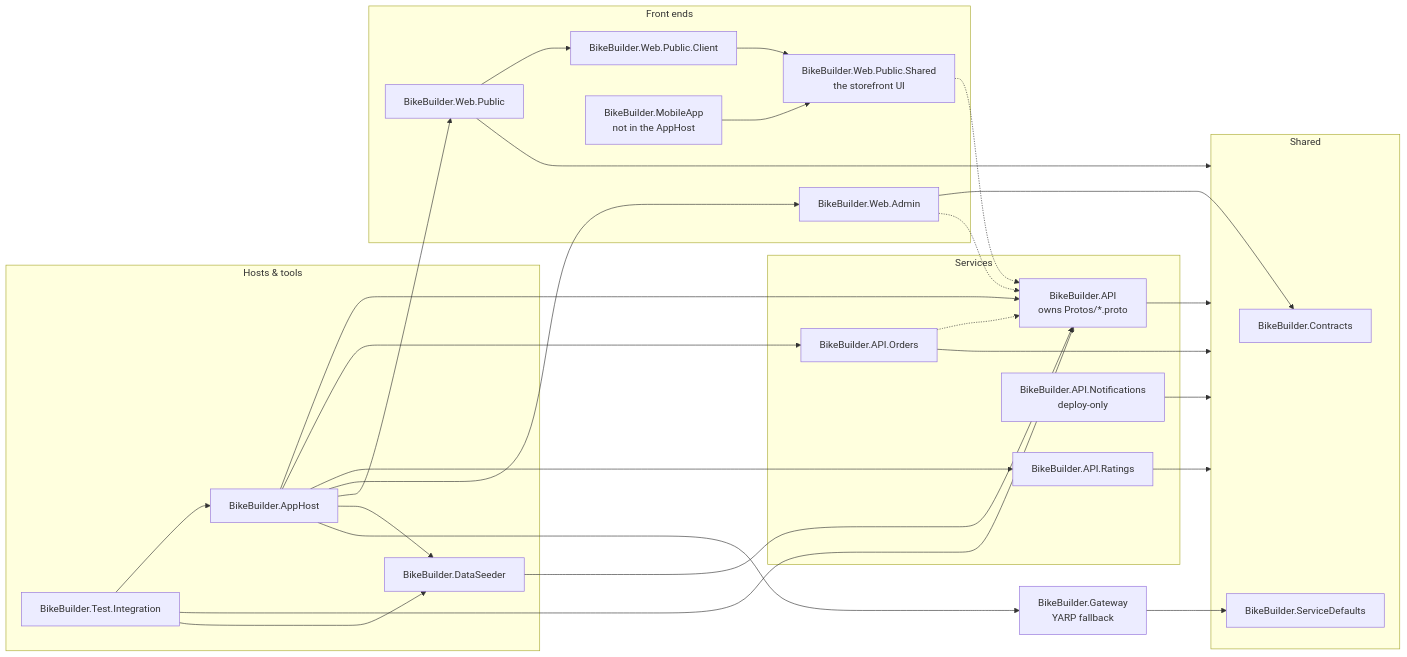
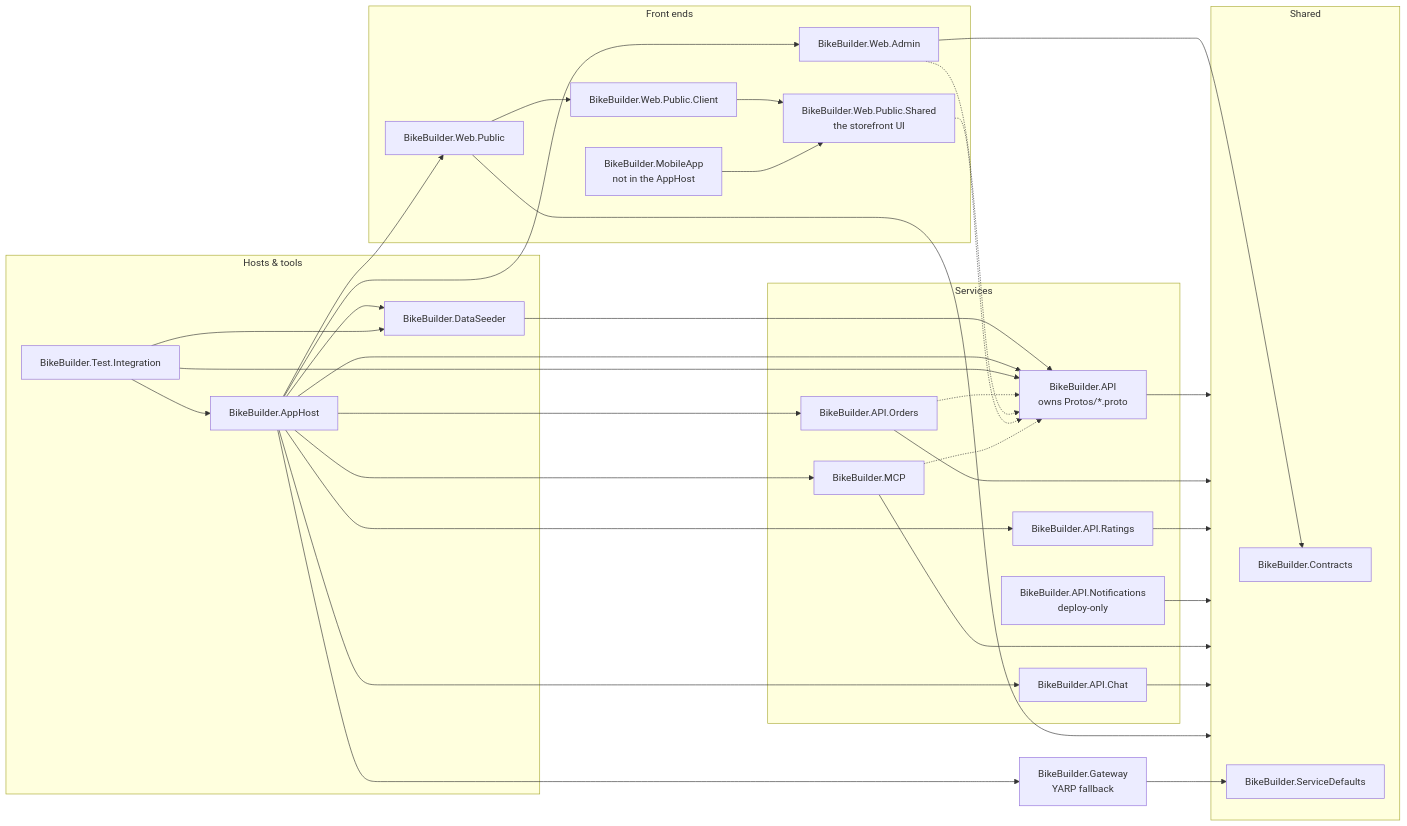
The second of 2 diagrams in README.md (nickshepherd1983/BikeBuilderAspire), drawn with Mermaid before and after one commit. The commit also changed other lines of this file and 44 other files, not shown here.

````diff
--- a/README.md
+++ b/README.md
@@ -105,58 +118,65 @@
 ```mermaid
 flowchart LR
     subgraph roots["Hosts &amp; tools"]
         apphost["BikeBuilder.AppHost"]
         tests["BikeBuilder.Test.Integration"]
         seeder["BikeBuilder.DataSeeder"]
     end
 
     subgraph services["Services"]
         api["BikeBuilder.API<br/>owns Protos/*.proto"]
         orders["BikeBuilder.API.Orders"]
         ratings["BikeBuilder.API.Ratings"]
         notifications["BikeBuilder.API.Notifications<br/>deploy-only"]
+        mcp["BikeBuilder.MCP"]
+        chat["BikeBuilder.API.Chat"]
     end
 
     subgraph frontends["Front ends"]
         web["BikeBuilder.Web.Admin"]
         webpublic["BikeBuilder.Web.Public"]
         client["BikeBuilder.Web.Public.Client"]
         storefront["BikeBuilder.Web.Public.Shared<br/>the storefront UI"]
         mobile["BikeBuilder.MobileApp<br/>not in the AppHost"]
     end
 
     gateway["BikeBuilder.Gateway<br/>YARP fallback"]
 
     subgraph shared["Shared"]
         contracts["BikeBuilder.Contracts"]
         defaults["BikeBuilder.ServiceDefaults"]
     end
 
     api --> shared
     orders --> shared
     ratings --> shared
     notifications --> shared
+    mcp --> shared
+    chat --> shared
     webpublic --> shared
     gateway --> defaults
     web --> contracts
 
     webpublic --> client
     client --> storefront
     mobile --> storefront
     seeder --> api
 
     apphost --> api
     apphost --> orders
     apphost --> ratings
     apphost --> web
     apphost --> webpublic
     apphost --> seeder
     apphost --> gateway
+    apphost --> mcp
+    apphost --> chat
     tests --> apphost
     tests --> api
     tests --> seeder
 
     orders -.-> api
     web -.-> api
     storefront -.-> api
+    mcp -.-> api
 ```
````
